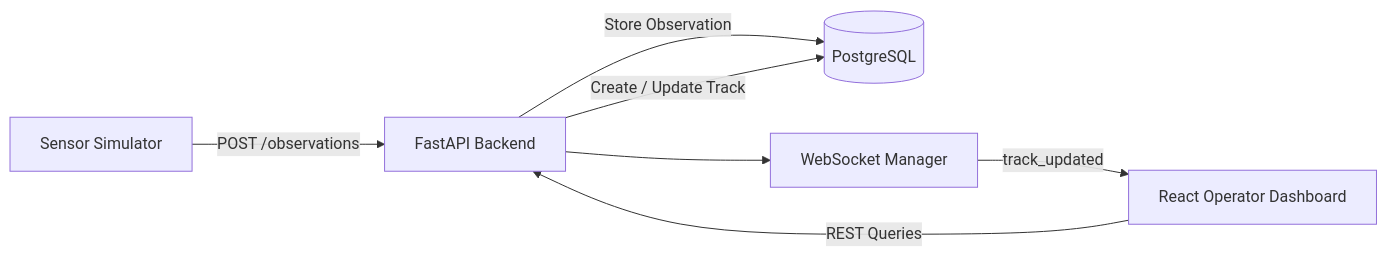
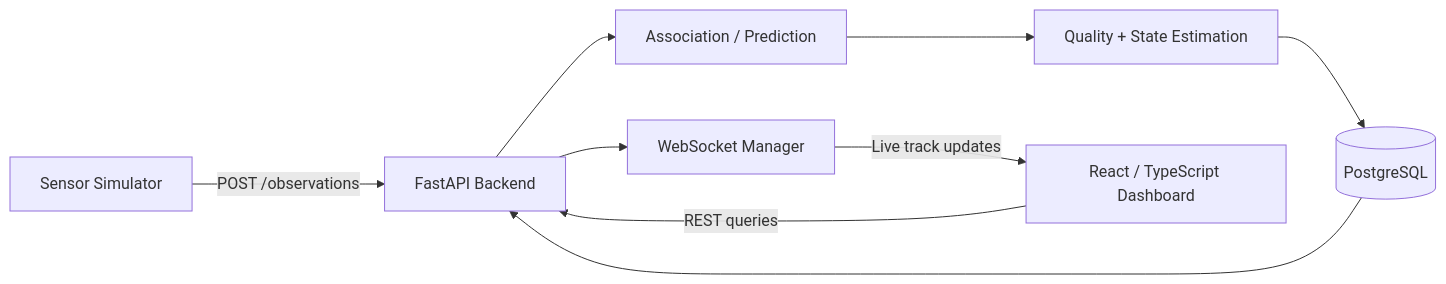
Before and after one commit to magliarozach-phntm/sensor-track-system: the diagram in README.md, drawn with Mermaid. The commit also changed other lines of this file and 1 other file, not shown here.

Commit message:
Update project documentation for tracking architecture

````diff
--- a/README.md
+++ b/README.md
@@ -44,22 +155,19 @@
 ```mermaid
 flowchart LR
     SIM[Sensor Simulator]
-
     API[FastAPI Backend]
-
+    ASSOC[Association / Prediction]
+    STATE[Quality + State Estimation]
     DB[(PostgreSQL)]
-
     WS[WebSocket Manager]
-
-    UI[React Operator Dashboard]
+    UI[React / TypeScript Dashboard]
 
     SIM -->|POST /observations| API
-
-    API -->|Store Observation| DB
-    API -->|Create / Update Track| DB
-
+    API --> ASSOC
+    ASSOC --> STATE
+    STATE --> DB
+    DB --> API
     API --> WS
-    WS -->|track_updated| UI
-
-    UI -->|REST Queries| API
+    WS -->|Live track updates| UI
+    UI -->|REST queries| API
 ```
````
